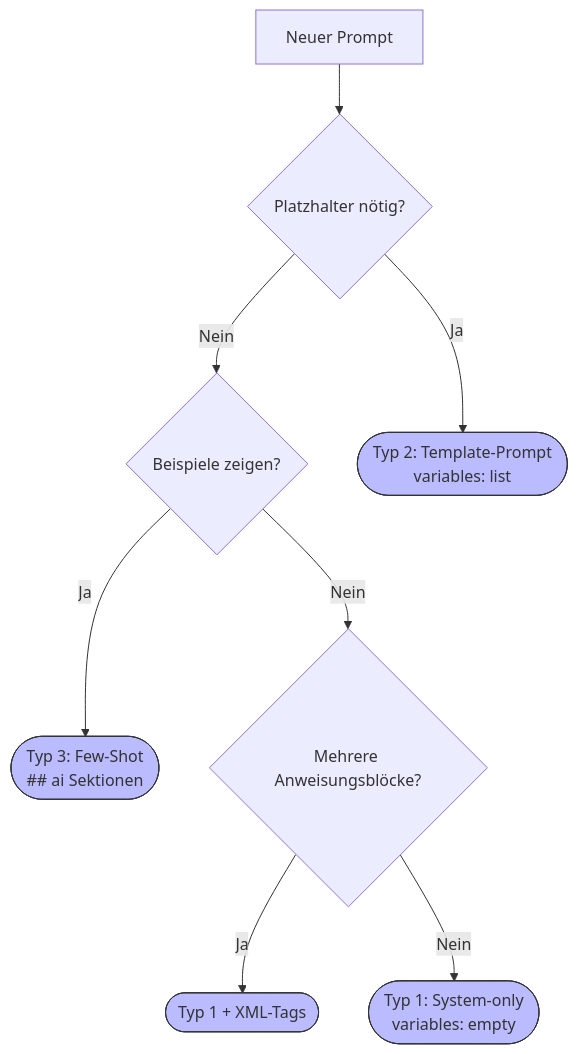
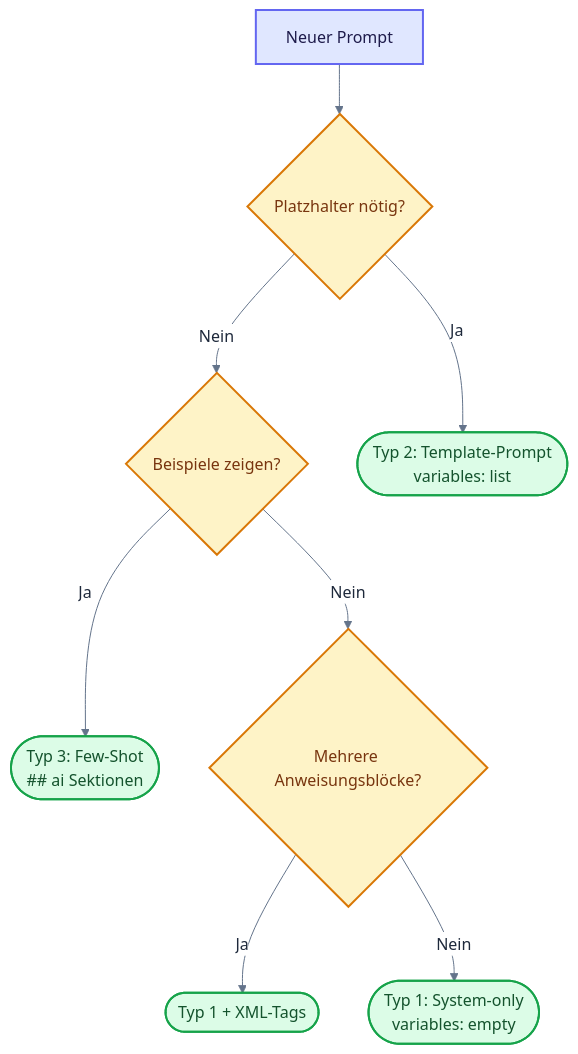
The diagram in docs/05-prompting-rag/prompt-template.md (ralf-42/GenAI), drawn with Mermaid before and after one commit. The commit also changed 25 other files, not shown here.

````diff
--- a/docs/05-prompting-rag/prompt-template.md
+++ b/docs/05-prompting-rag/prompt-template.md
@@ -354,13 +354,36 @@
 ```mermaid
+---
+config:
+  theme: base
+  look: classic
+  themeVariables:
+    primaryColor: '#e0f2fe'
+    primaryBorderColor: '#0284c7'
+    primaryTextColor: '#1e293b'
+    lineColor: '#64748b'
+    clusterBkg: '#f8fafc'
+    clusterBorder: '#cbd5e1'
+    noteBkgColor: '#fef3c7'
+    noteBorderColor: '#d97706'
+    noteTextColor: '#78350f'
+    edgeLabelBackground: '#ffffff'
+---
+
 flowchart TD
     A[Neuer Prompt] --> B{Platzhalter nötig?}
     B -->|Nein| C{Beispiele zeigen?}
     B -->|Ja| D([Typ 2: Template-Prompt<br>variables: list])
     C -->|Ja| E([Typ 3: Few-Shot<br>## ai Sektionen])
     C -->|Nein| F{Mehrere Anweisungsblöcke?}
     F -->|Ja| G([Typ 1 + XML-Tags])
     F -->|Nein| H([Typ 1: System-only<br>variables: empty])
 
-    classDef solution fill:#bbf,stroke:#333,stroke-width:1px
-    class D,E,G,H solution
+%% Funktionsfarben nach Mermaid_Best_Practices.md
+classDef default fill:#e0f2fe,stroke:#0284c7,stroke-width:2px,color:#0c4a6e;
+classDef input fill:#e0e7ff,stroke:#6366f1,stroke-width:2px,color:#1e1b4b;
+classDef metric fill:#fef3c7,stroke:#d97706,stroke-width:2px,color:#78350f;
+classDef output fill:#dcfce7,stroke:#16a34a,stroke-width:2px,color:#14532d;
+class A input;
+class B,C,F metric;
+class D,E,G,H output;
 ```
````
